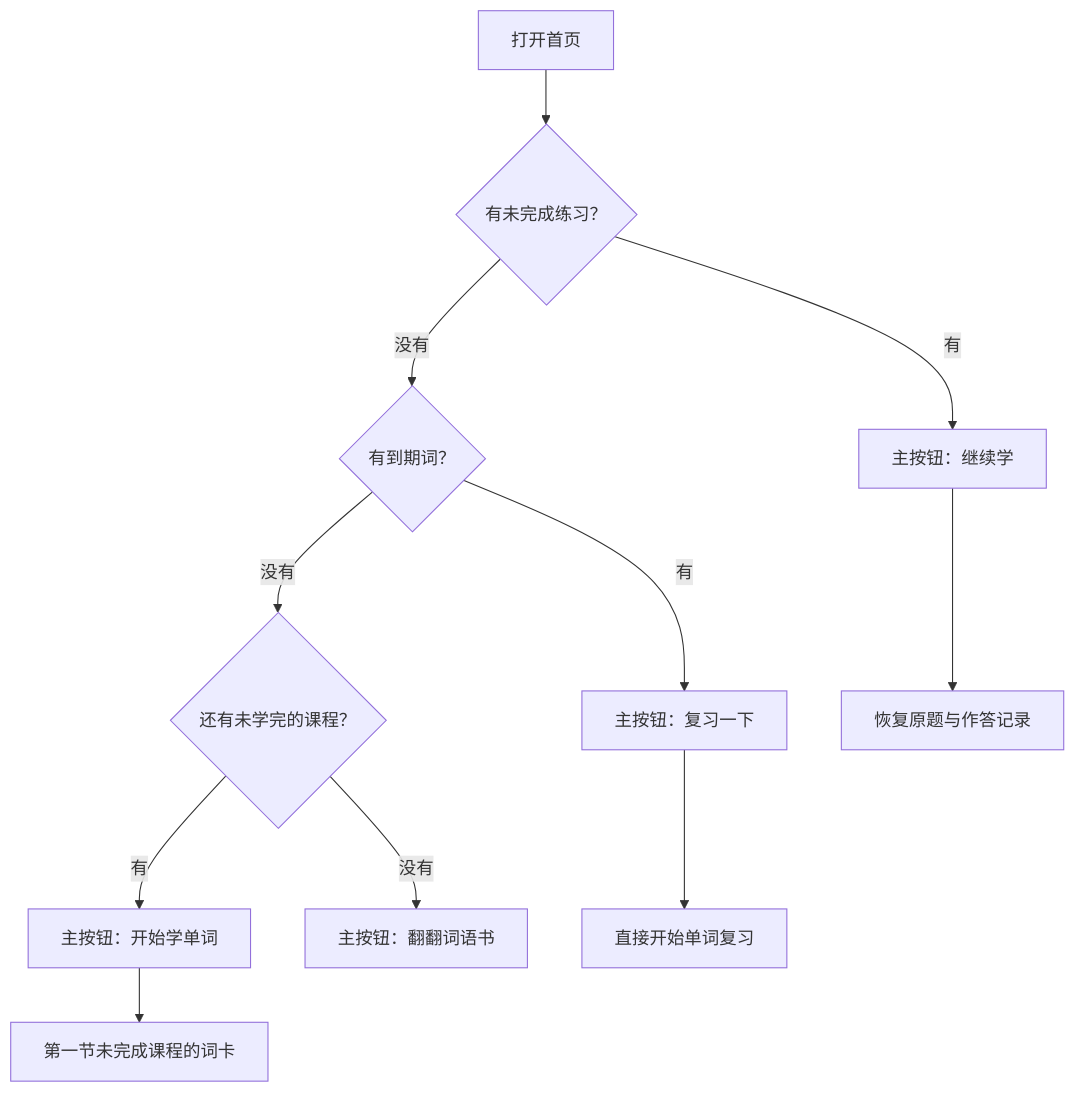
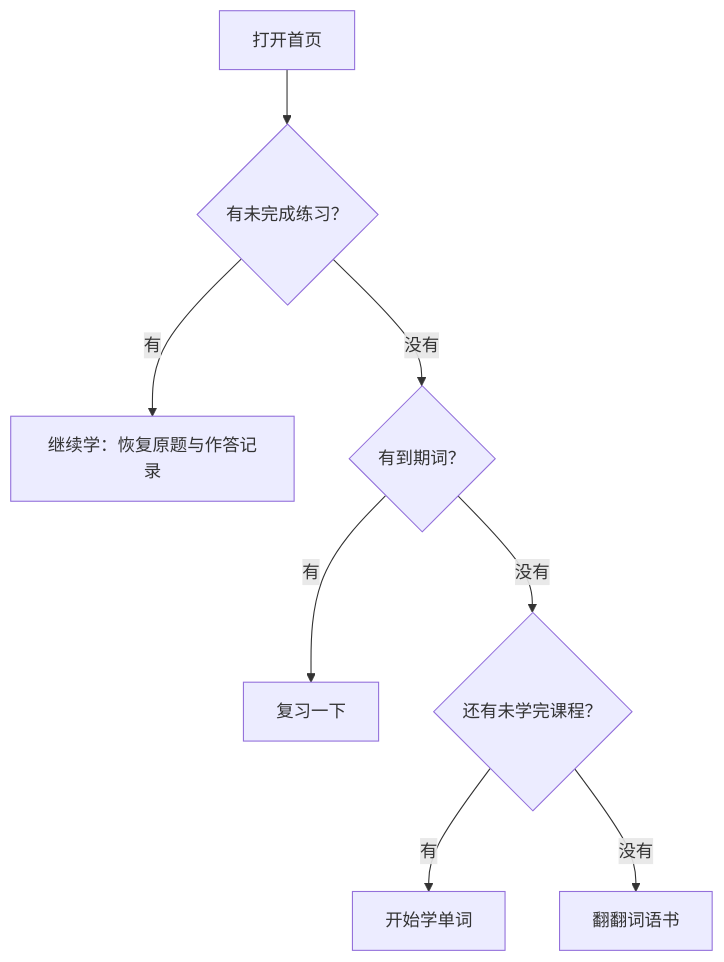
Before and after one commit to Doraemonls/LittleEnglish850: the second of 5 diagrams in docs/ux/UX_DESIGN.md, drawn with Mermaid. The commit also changed other lines of this file and 31 other files, not shown here.

````diff
--- a/docs/ux/UX_DESIGN.md
+++ b/docs/ux/UX_DESIGN.md
@@ -53,13 +40,10 @@
 ```mermaid
 flowchart TD
-    Open["打开首页"] --> Active{"有未完成练习？"}
-    Active -->|"有"| Resume["主按钮：继续学"]
-    Active -->|"没有"| Due{"有到期词？"}
-    Due -->|"有"| Review["主按钮：复习一下"]
-    Due -->|"没有"| New{"还有未学完的课程？"}
-    New -->|"有"| Words["主按钮：开始学单词"]
-    New -->|"没有"| Browse["主按钮：翻翻词语书"]
-    Resume --> Learn["恢复原题与作答记录"]
-    Review --> Check["直接开始单词复习"]
-    Words --> Card["第一节未完成课程的词卡"]
+    Open[打开首页] --> Active{有未完成练习？}
+    Active -->|有| Resume[继续学：恢复原题与作答记录]
+    Active -->|没有| Due{有到期词？}
+    Due -->|有| Review[复习一下]
+    Due -->|没有| New{还有未学完课程？}
+    New -->|有| Lesson[开始学单词]
+    New -->|没有| Book[翻翻词语书]
 ```
````
